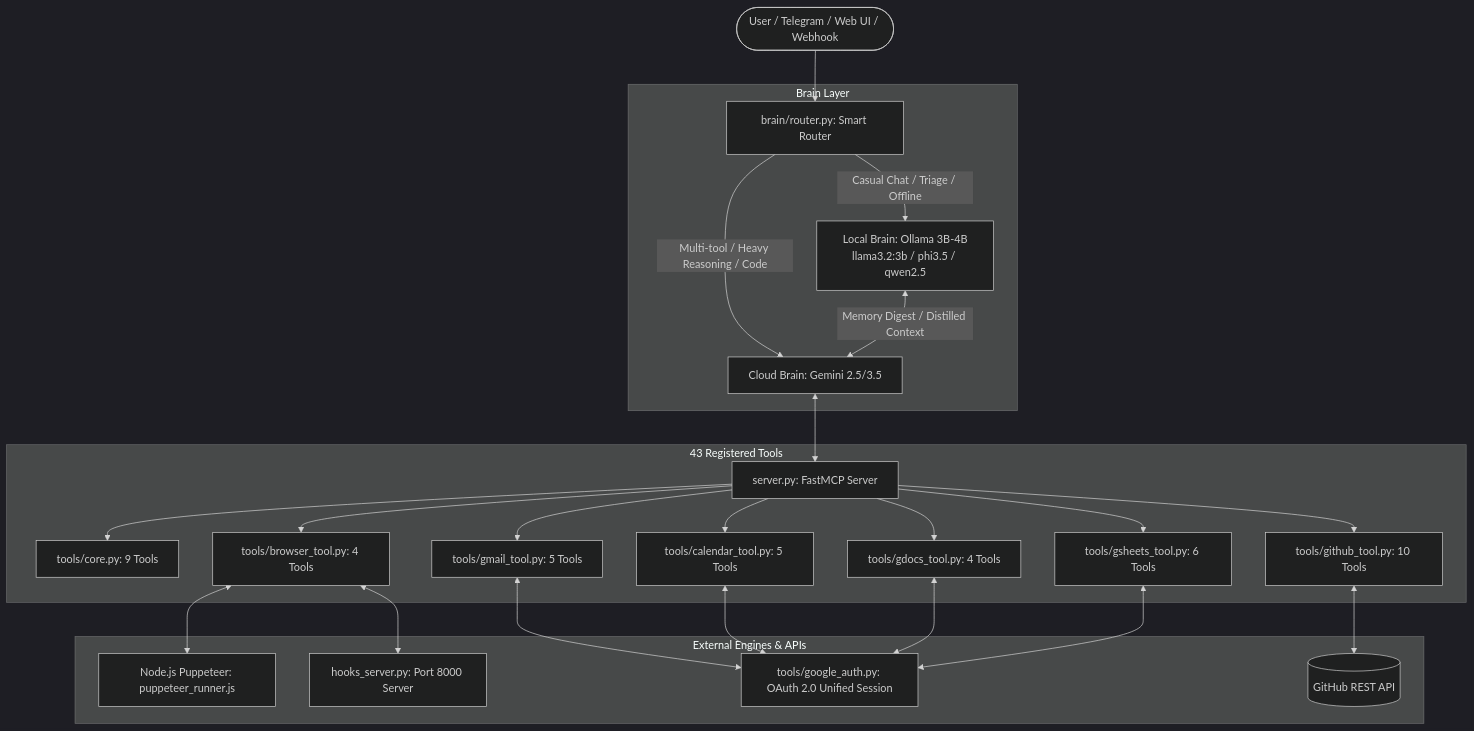
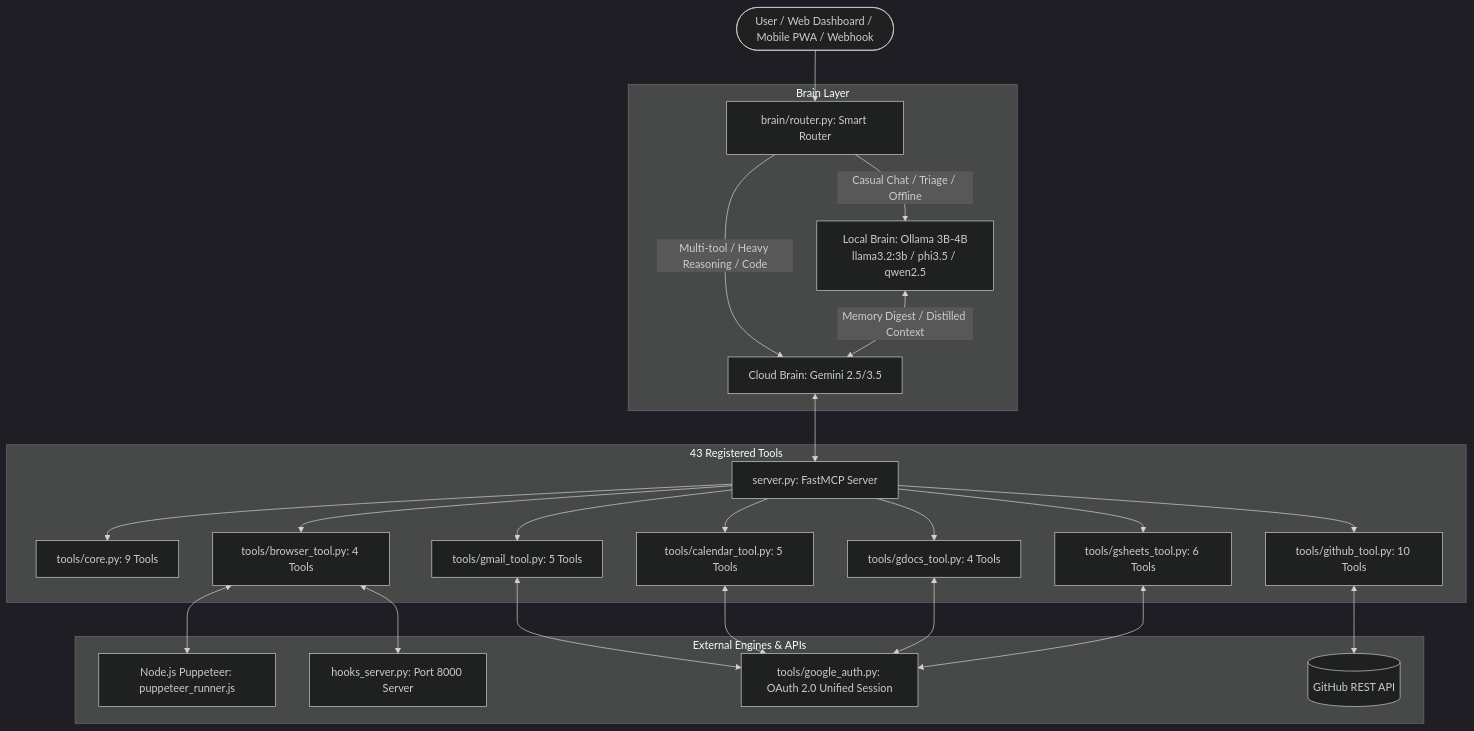
Before and after one commit to AlexBrighten/Hope-Old: the diagram in README.md, drawn with Mermaid (dark theme). The commit also changed other lines of this file and 18 other files, not shown here.

Commit message:
feat(web): add modern executive web dashboard, PWA mobile support, and in-app approval center

````diff
--- a/README.md
+++ b/README.md
@@ -53,28 +58,28 @@
 ```mermaid
 flowchart TD
-    User([User / Telegram / Web UI / Webhook]) --> Router[brain/router.py: Smart Router]
+    User([User / Web Dashboard / Mobile PWA / Webhook]) --> Router[brain/router.py: Smart Router]
     
     subgraph Brain Layer
         Router -->|Casual Chat / Triage / Offline| LocalBrain[Local Brain: Ollama 3B-4B<br/>llama3.2:3b / phi3.5 / qwen2.5]
         Router -->|Multi-tool / Heavy Reasoning / Code| CloudBrain[Cloud Brain: Gemini 2.5/3.5]
         LocalBrain <-->|Memory Digest / Distilled Context| CloudBrain
     end
 
     subgraph FastMCP Tool Suite [43 Registered Tools]
         CloudBrain <--> MCP[server.py: FastMCP Server]
         MCP --> Core[tools/core.py: 9 Tools]
         MCP --> GH[tools/github_tool.py: 10 Tools]
         MCP --> GM[tools/gmail_tool.py: 5 Tools]
         MCP --> GC[tools/calendar_tool.py: 5 Tools]
         MCP --> GD[tools/gdocs_tool.py: 4 Tools]
         MCP --> GS[tools/gsheets_tool.py: 6 Tools]
         MCP --> BR[tools/browser_tool.py: 4 Tools]
     end
 
     subgraph External Engines & APIs
         BR <--> Puppeteer[Node.js Puppeteer: puppeteer_runner.js]
         BR <--> WebhookServer[hooks_server.py: Port 8000 Server]
         GM & GC & GD & GS <--> GoogleAuth[tools/google_auth.py: OAuth 2.0 Unified Session]
         GH <--> GitHubAPI[(GitHub REST API)]
     end
 ```
````
